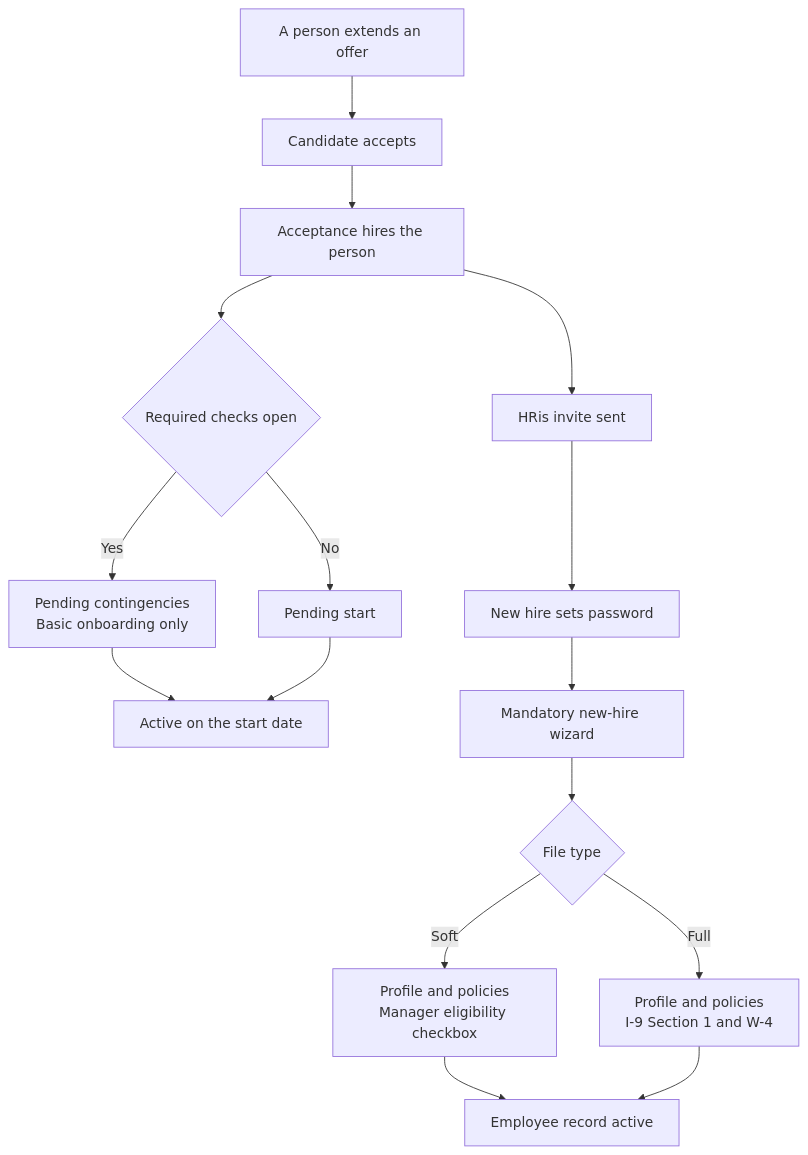
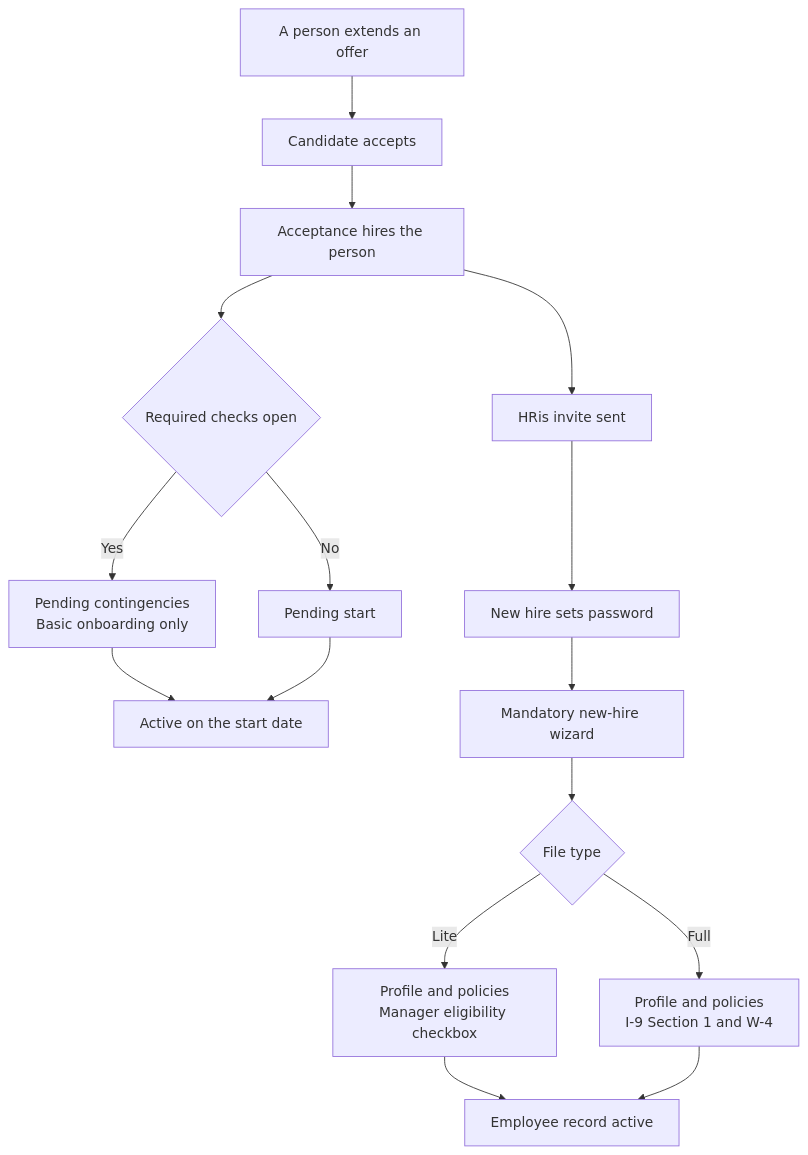
The first of 21 diagrams in README.md (staceykay67/scalemaker-hris-showcase), drawn with Mermaid before and after one commit. The commit also changed other lines of this file, not shown here.

````diff
--- a/README.md
+++ b/README.md
@@ -87,18 +94,18 @@
 ```mermaid
 flowchart TB
     Offer["A person extends an offer"] --> Accept["Candidate accepts"]
     Accept --> Run["Acceptance hires the person"]
     Run --> Checks{"Required checks open"}
     Checks -- "Yes" --> Cont["Pending contingencies<br/>Basic onboarding only"]
     Checks -- "No" --> Start["Pending start"]
     Cont --> Active["Active on the start date"]
     Start --> Active
     Run --> Invite["HRis invite sent"]
     Invite --> Pass["New hire sets password"]
     Pass --> Wiz["Mandatory new-hire wizard"]
     Wiz --> File{"File type"}
-    File -- "Soft" --> Soft["Profile and policies<br/>Manager eligibility checkbox"]
+    File -- "Lite" --> Lite["Profile and policies<br/>Manager eligibility checkbox"]
     File -- "Full" --> Full["Profile and policies<br/>I-9 Section 1 and W-4"]
-    Soft --> Done["Employee record active"]
+    Lite --> Done["Employee record active"]
     Full --> Done
 ```
````
